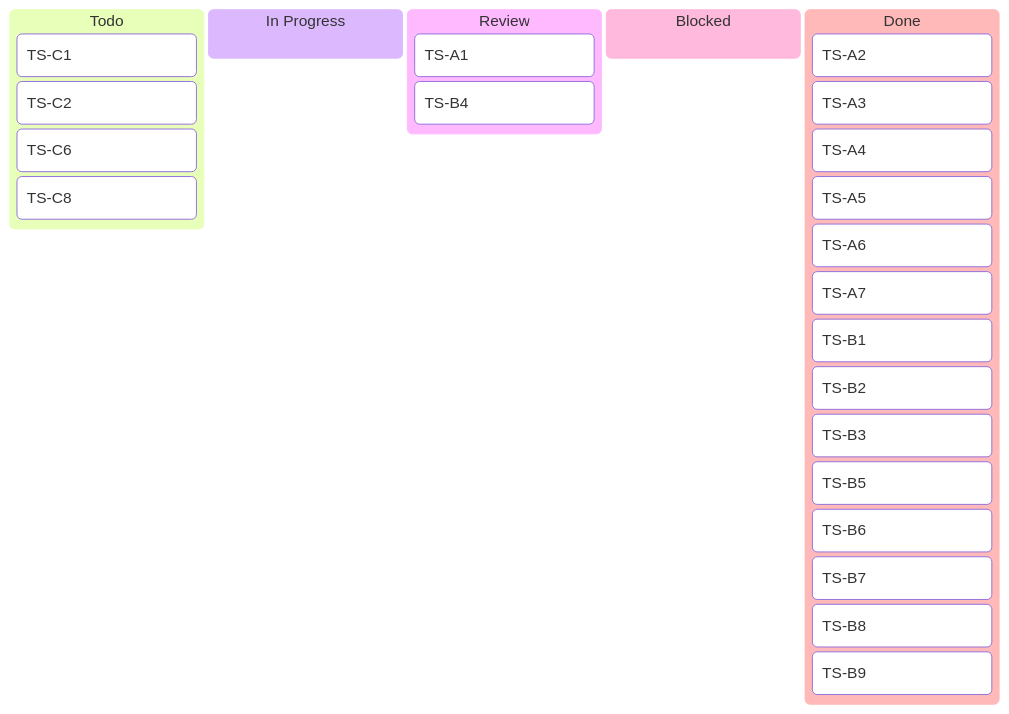
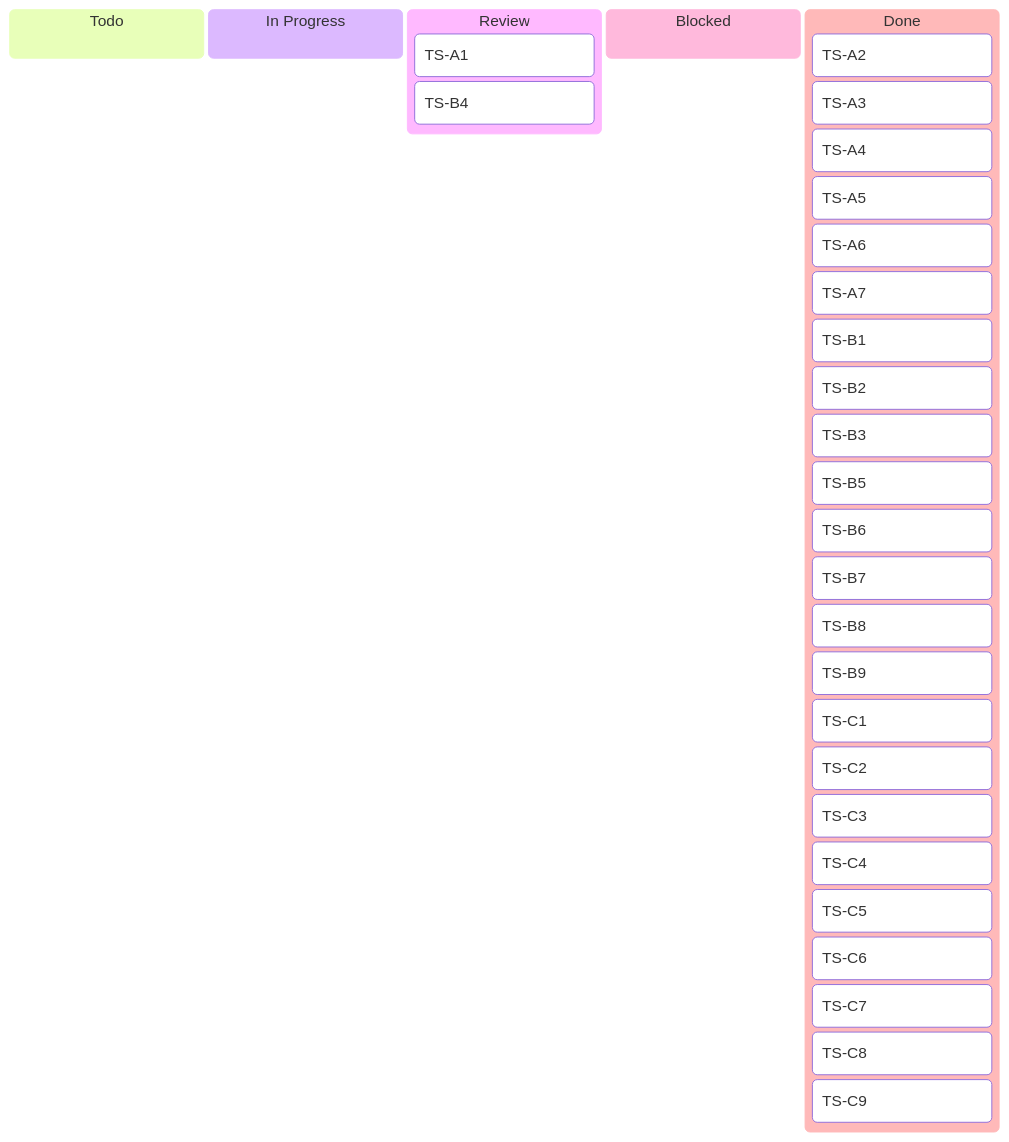
One commit to AmanMansoori14/mcp-shield changed the diagram in docs/prd/tasks.md. Above: the diagram before and after it, drawn with Mermaid. The commit also changed other lines of this file and 25 other files, not shown here.

````diff
--- a/docs/prd/tasks.md
+++ b/docs/prd/tasks.md
@@ -25,28 +25,33 @@
 ```mermaid
 kanban
   todo[Todo]
-    TS-C1
-    TS-C2
-    TS-C6
-    TS-C8
   in_progress[In Progress]
   review[Review]
     TS-A1
     TS-B4
   blocked[Blocked]
   done[Done]
     TS-A2
     TS-A3
     TS-A4
     TS-A5
     TS-A6
     TS-A7
     TS-B1
     TS-B2
     TS-B3
     TS-B5
     TS-B6
     TS-B7
     TS-B8
     TS-B9
+    TS-C1
+    TS-C2
+    TS-C3
+    TS-C4
+    TS-C5
+    TS-C6
+    TS-C7
+    TS-C8
+    TS-C9
 ```
````
